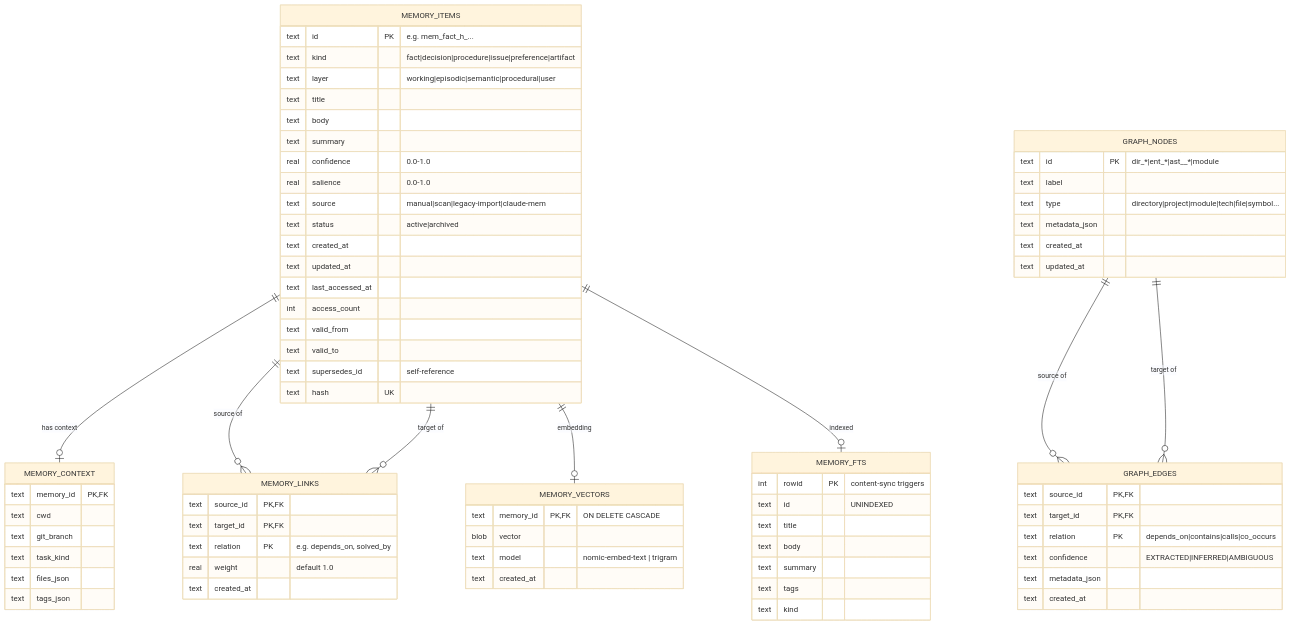
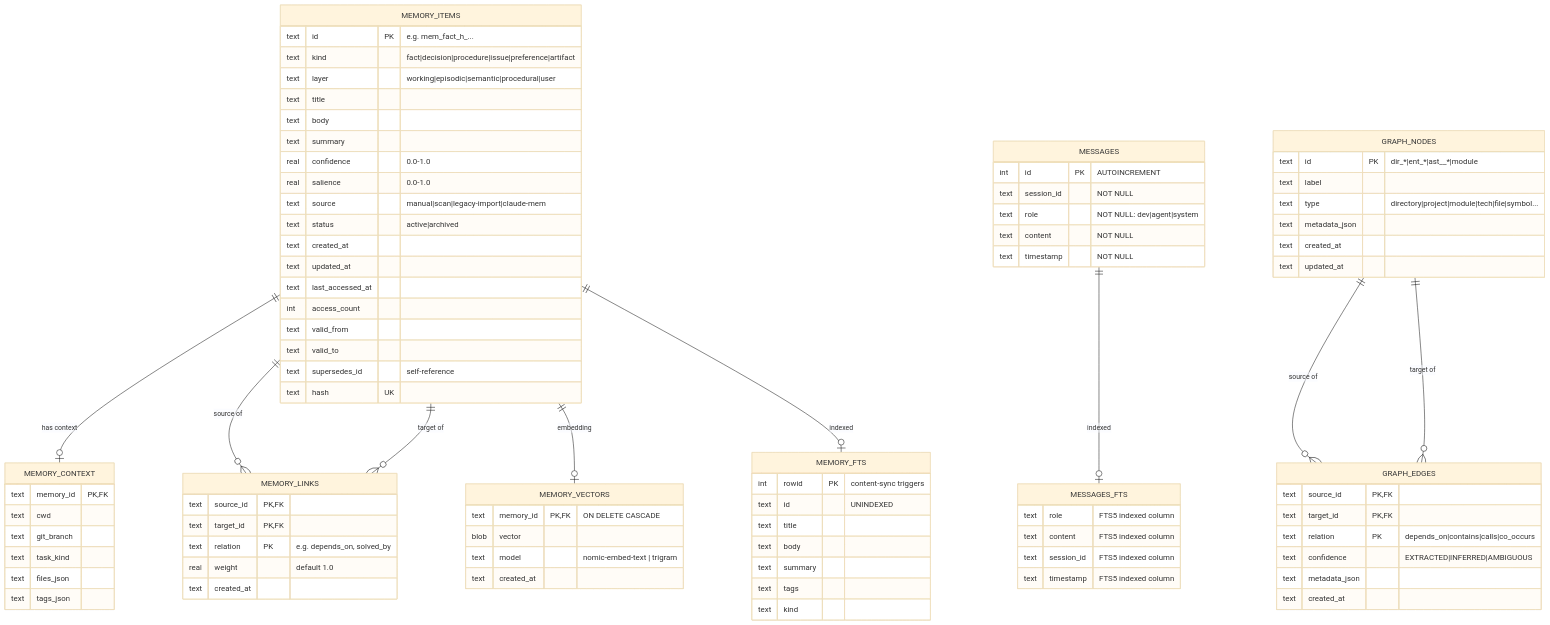
The diagram in docs/DATABASE-SCHEMA.mmd (alessiobacin/code-mem), drawn with Mermaid (base theme) before and after one commit. The commit also changed 7 other files, not shown here.

Commit message:
docs(cm): docs-sync Fase 3 — allinea README/ARCHITECTURE/PHILOSOPHY/SKILL/DATABASE-SCHEMA/RECALL-FLOW al refactor modulare + --full + capture layer

```diff
--- a/docs/DATABASE-SCHEMA.mmd
+++ b/docs/DATABASE-SCHEMA.mmd
@@ -1,81 +1,97 @@
 erDiagram
     MEMORY_ITEMS ||--o| MEMORY_CONTEXT : "has context"
     MEMORY_ITEMS ||--o{ MEMORY_LINKS : "source of"
     MEMORY_ITEMS ||--o{ MEMORY_LINKS : "target of"
     MEMORY_ITEMS ||--o| MEMORY_VECTORS : "embedding"
     MEMORY_ITEMS ||--o| MEMORY_FTS : "indexed"
+    MESSAGES ||--o| MESSAGES_FTS : "indexed"
     GRAPH_NODES ||--o{ GRAPH_EDGES : "source of"
     GRAPH_NODES ||--o{ GRAPH_EDGES : "target of"
 
     MEMORY_ITEMS {
         text id PK "e.g. mem_fact_h_..."
         text kind "fact|decision|procedure|issue|preference|artifact"
         text layer "working|episodic|semantic|procedural|user"
         text title
         text body
         text summary
         real confidence "0.0-1.0"
         real salience "0.0-1.0"
         text source "manual|scan|legacy-import|claude-mem"
         text status "active|archived"
         text created_at
         text updated_at
         text last_accessed_at
         int access_count
         text valid_from
         text valid_to
         text supersedes_id "self-reference"
         text hash UK
     }
 
     MEMORY_CONTEXT {
         text memory_id PK,FK
         text cwd
         text git_branch
         text task_kind
         text files_json
         text tags_json
     }
 
     MEMORY_LINKS {
         text source_id PK,FK
         text target_id PK,FK
         text relation PK "e.g. depends_on, solved_by"
         real weight "default 1.0"
         text created_at
     }
 
     MEMORY_VECTORS {
         text memory_id PK,FK "ON DELETE CASCADE"
         blob vector
         text model "nomic-embed-text | trigram"
         text created_at
     }
 
     MEMORY_FTS {
         int rowid PK "content-sync triggers"
         text id "UNINDEXED"
         text title
         text body
         text summary
         text tags
         text kind
     }
 
     GRAPH_NODES {
         text id PK "dir_*|ent_*|ast__*|module"
         text label
         text type "directory|project|module|tech|file|symbol..."
         text metadata_json
         text created_at
         text updated_at
     }
 
     GRAPH_EDGES {
         text source_id PK,FK
         text target_id PK,FK
         text relation PK "depends_on|contains|calls|co_occurs"
         text confidence "EXTRACTED|INFERRED|AMBIGUOUS"
         text metadata_json
         text created_at
     }
+
+    MESSAGES {
+        int id PK "AUTOINCREMENT"
+        text session_id "NOT NULL"
+        text role "NOT NULL: dev|agent|system"
+        text content "NOT NULL"
+        text timestamp "NOT NULL"
+    }
+
+    MESSAGES_FTS {
+        text role "FTS5 indexed column"
+        text content "FTS5 indexed column"
+        text session_id "FTS5 indexed column"
+        text timestamp "FTS5 indexed column"
+    }
```
